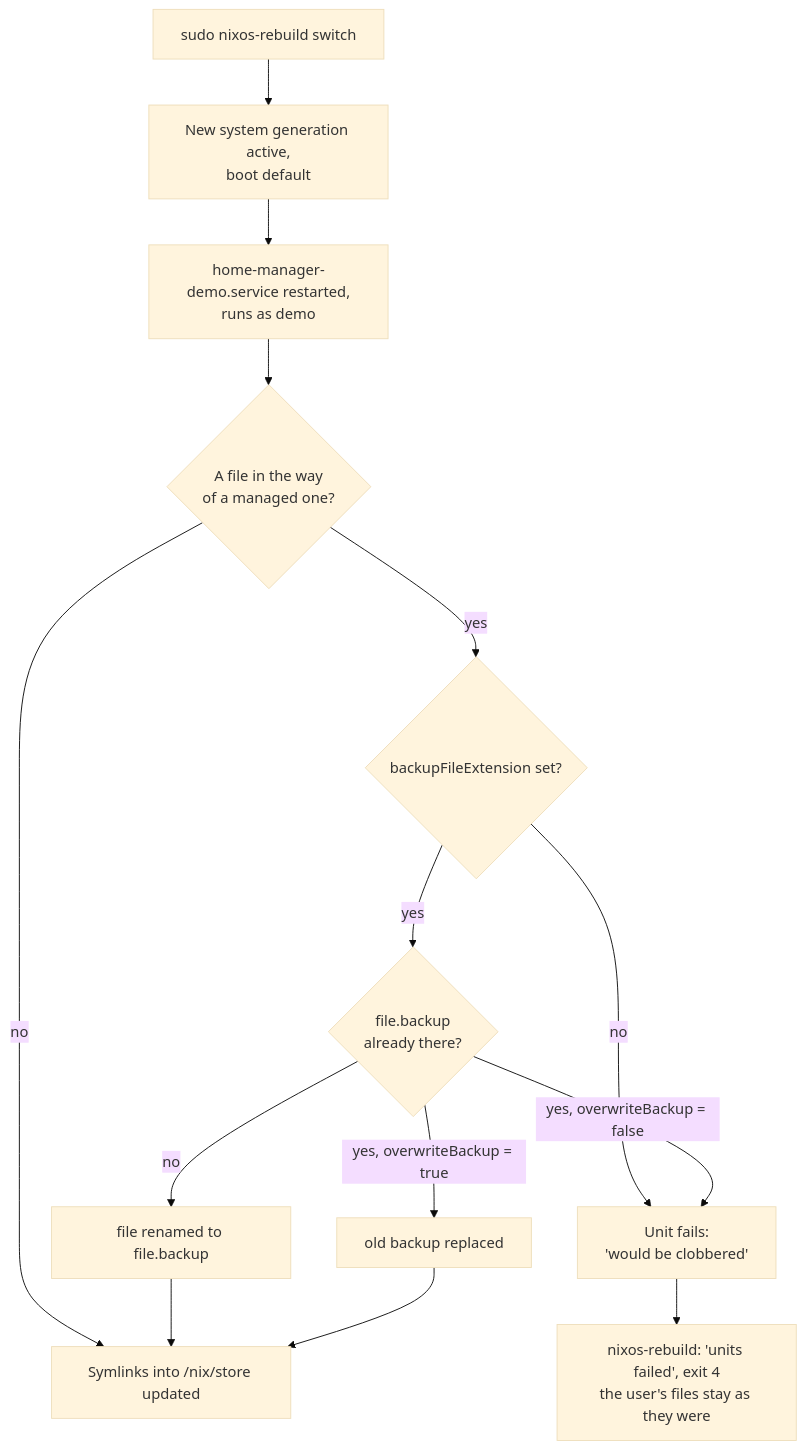
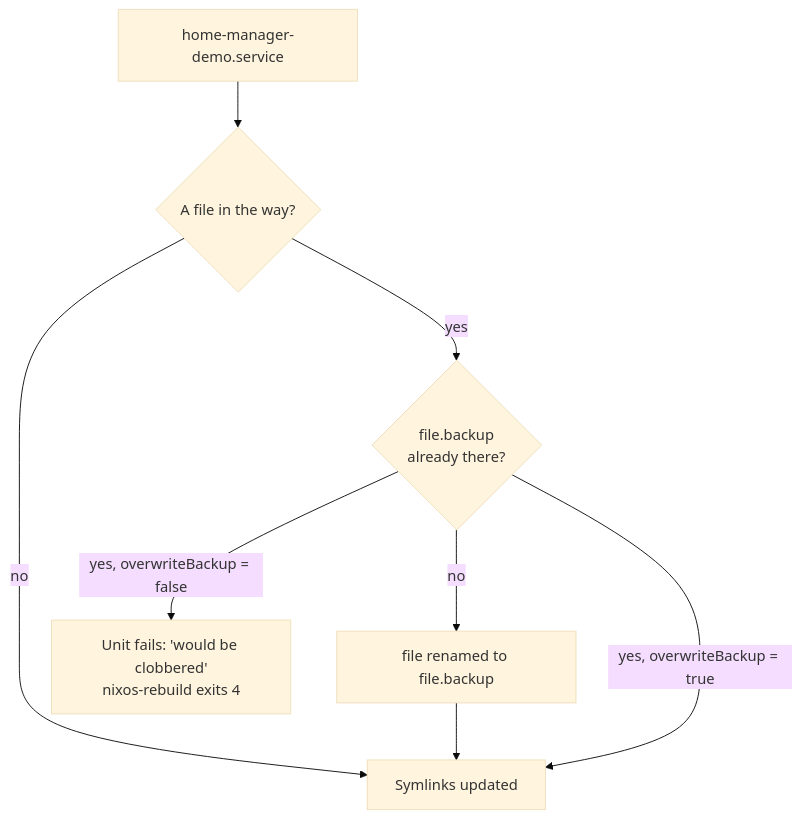
One commit to abdelhousni/til changed the diagram in nixos/home-manager-nixos-module.md. Above: the diagram before and after it, drawn with Mermaid (base theme). The commit also changed other lines of this file and 1 other file, not shown here.

````diff
--- a/nixos/home-manager-nixos-module.md
+++ b/nixos/home-manager-nixos-module.md
@@ -92,14 +75,9 @@
 ```mermaid
 flowchart TD
-    REBUILD["sudo nixos-rebuild switch"] --> SYSTEM["New system generation active,<br/>boot default"]
-    SYSTEM --> UNIT["home-manager-demo.service restarted,<br/>runs as demo"]
-    UNIT --> INWAY{"A file in the way<br/>of a managed one?"}
-    INWAY -->|"no"| LINK["Symlinks into /nix/store updated"]
-    INWAY -->|"yes"| EXT{"backupFileExtension set?"}
-    EXT -->|"no"| FAIL["Unit fails:<br/>'would be clobbered'"]
-    EXT -->|"yes"| EXISTS{"file.backup<br/>already there?"}
-    EXISTS -->|"no"| MOVE["file renamed to file.backup"] --> LINK
-    EXISTS -->|"yes, overwriteBackup = true"| REPLACE["old backup replaced"] --> LINK
-    EXISTS -->|"yes, overwriteBackup = false"| FAIL
-    FAIL --> EXIT["nixos-rebuild: 'units failed', exit 4<br/>the user's files stay as they were"]
+    UNIT["home-manager-demo.service"] --> INWAY{"A file in the way?"}
+    INWAY -->|no| LINK["Symlinks updated"]
+    INWAY -->|yes| EXISTS{"file.backup<br/>already there?"}
+    EXISTS -->|no| MOVE["file renamed to file.backup"] --> LINK
+    EXISTS -->|"yes, overwriteBackup = true"| LINK
+    EXISTS -->|"yes, overwriteBackup = false"| FAIL["Unit fails: 'would be clobbered'<br/>nixos-rebuild exits 4"]
 ```
````
